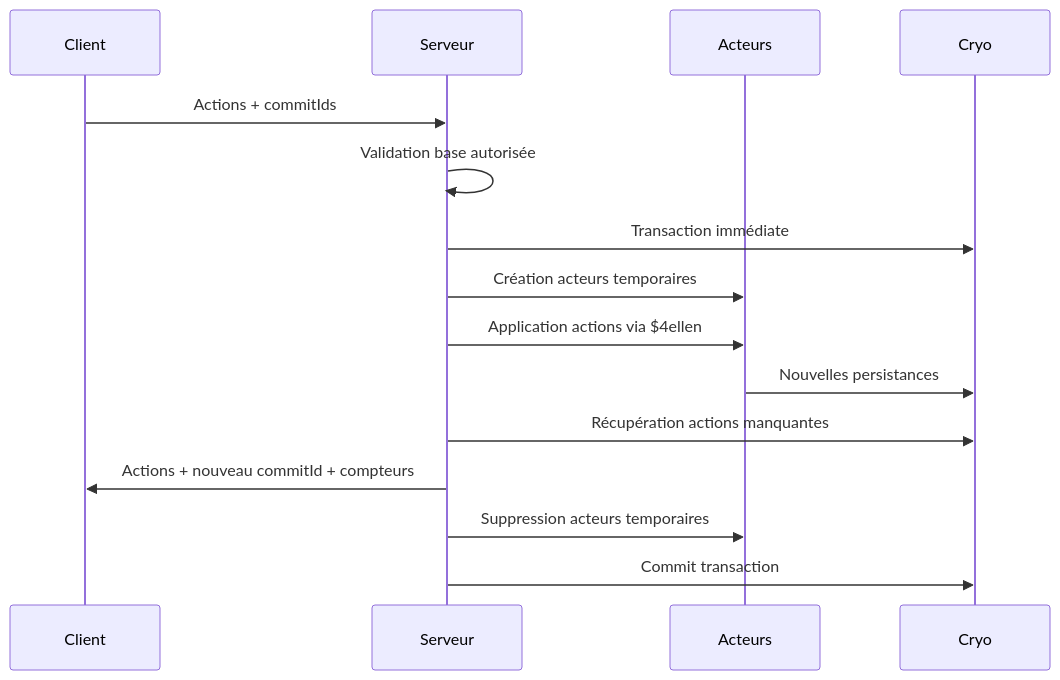
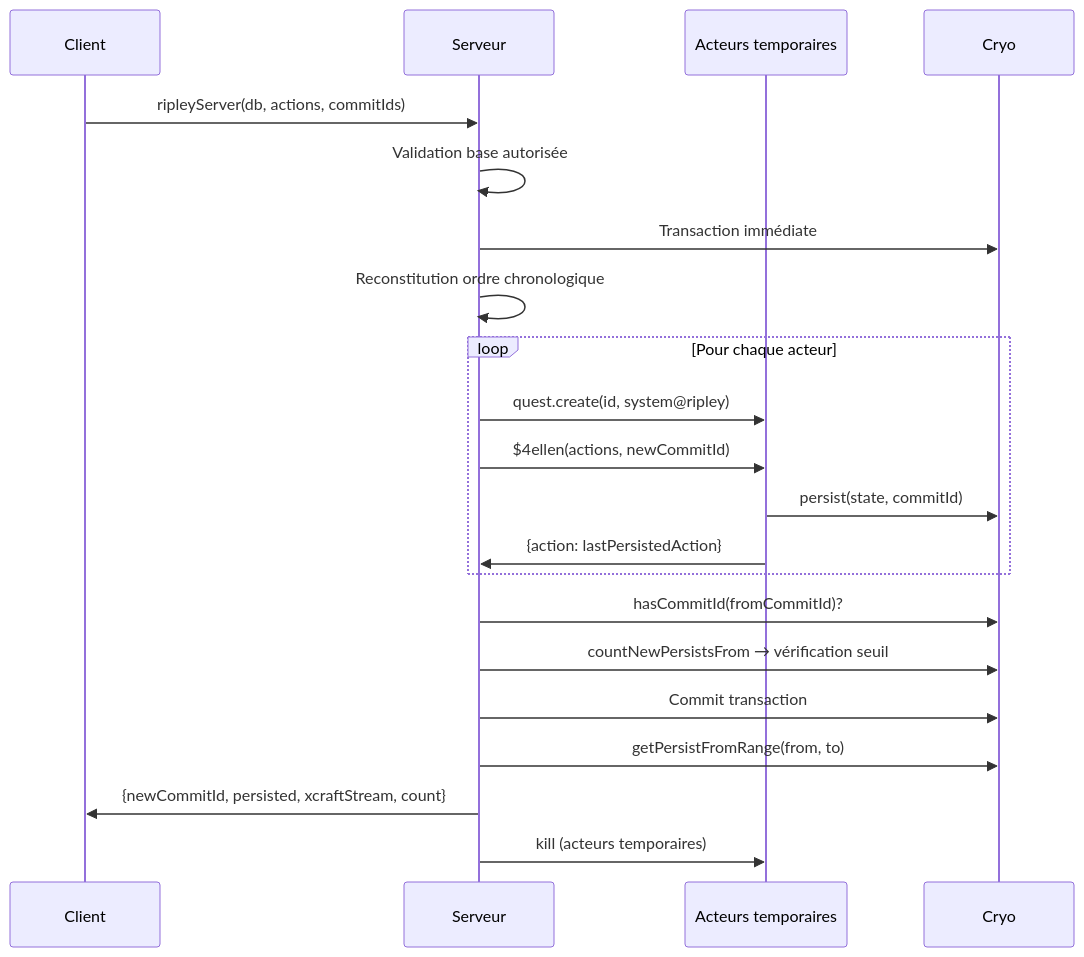
The third of 5 diagrams in doc/synchronization.md (Xcraft-Inc/xcraft-core-goblin), drawn with Mermaid before and after one commit. The commit also changed other lines of this file, not shown here.

````diff
--- a/doc/synchronization.md
+++ b/doc/synchronization.md
@@ -104,18 +133,24 @@
 ```mermaid
 sequenceDiagram
     participant C as Client
     participant S as Serveur
-    participant A as Acteurs
+    participant A as Acteurs temporaires
     participant DB as Cryo
 
-    C->>S: Actions + commitIds
+    C->>S: ripleyServer(db, actions, commitIds)
     S->>S: Validation base autorisée
     S->>DB: Transaction immédiate
-    S->>A: Création acteurs temporaires
-    S->>A: Application actions via $4ellen
-    A->>DB: Nouvelles persistances
-    S->>DB: Récupération actions manquantes
-    S->>C: Actions + nouveau commitId + compteurs
-    S->>A: Suppression acteurs temporaires
+    S->>S: Reconstitution ordre chronologique
+    loop Pour chaque acteur
+        S->>A: quest.create(id, system@ripley)
+        S->>A: $4ellen(actions, newCommitId)
+        A->>DB: persist(state, commitId)
+        A->>S: {action: lastPersistedAction}
+    end
+    S->>DB: hasCommitId(fromCommitId)?
+    S->>DB: countNewPersistsFrom → vérification seuil
     S->>DB: Commit transaction
+    S->>DB: getPersistFromRange(from, to)
+    S->>C: {newCommitId, persisted, xcraftStream, count}
+    S->>A: kill (acteurs temporaires)
 ```
````
